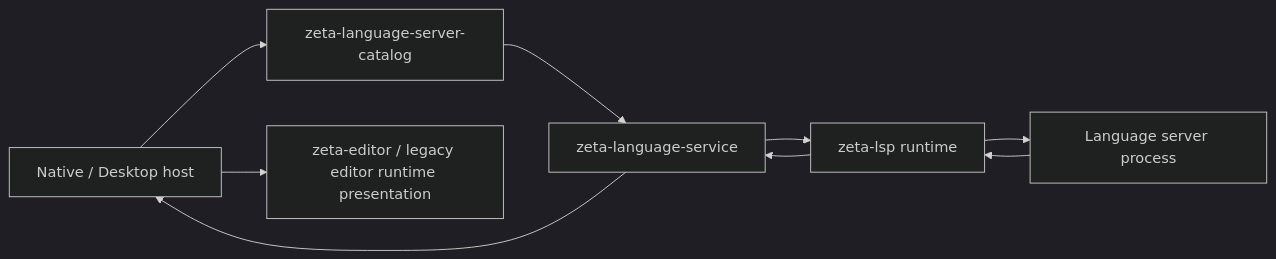
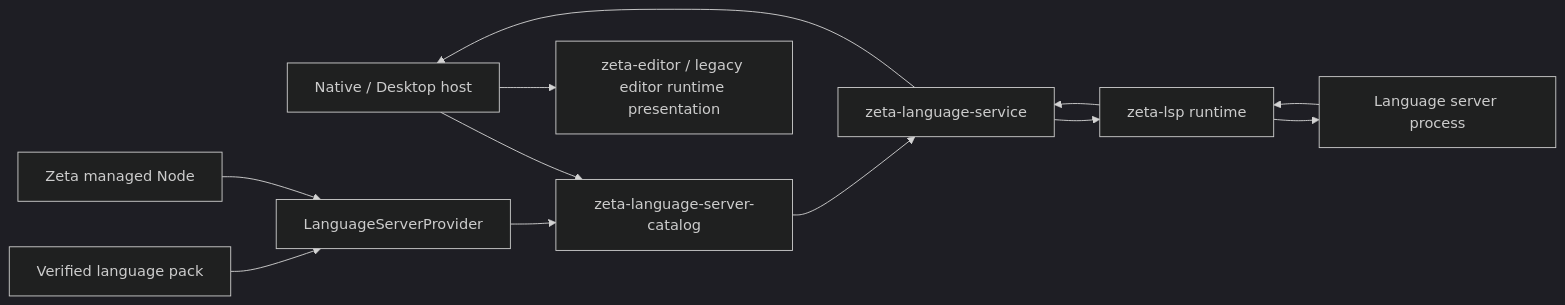
The diagram in docs/lsp.md (chogng/zeta), drawn with Mermaid (dark theme) before and after one commit. The commit also changed other lines of this file and 33 other files, not shown here.

First line of the commit message:
feat(language-server): introduce CSS language server provider and registry

````diff
--- a/docs/lsp.md
+++ b/docs/lsp.md
@@ -40,11 +41,14 @@
 ```mermaid
 flowchart LR
     Host["Native / Desktop host"] --> Catalog["zeta-language-server-catalog"]
+    Pack["Verified language pack"] --> Provider["LanguageServerProvider"]
+    Node["Zeta managed Node"] --> Provider
+    Provider --> Catalog
     Catalog --> Service["zeta-language-service"]
     Service --> Runtime["zeta-lsp runtime"]
     Runtime --> Server["Language server process"]
     Server --> Runtime
     Runtime --> Service
     Service --> Host
     Host --> Editor["zeta-editor / legacy editor runtime presentation"]
 ```
````
